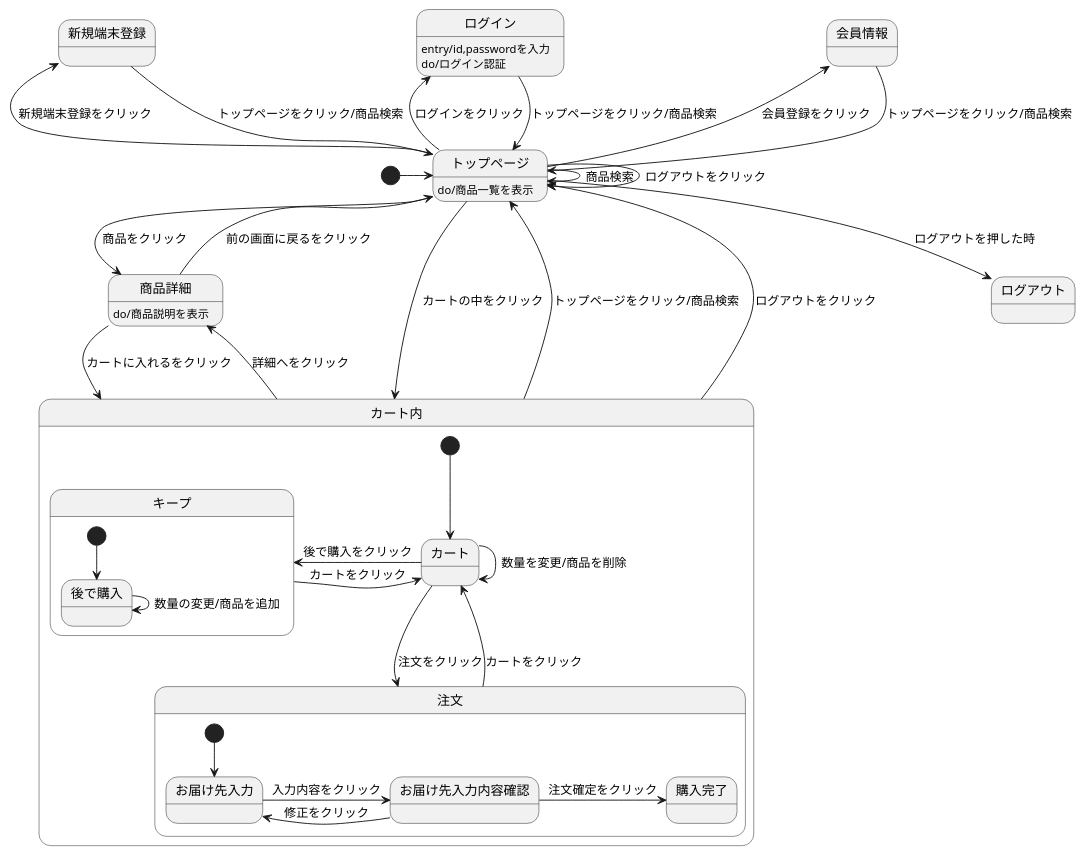
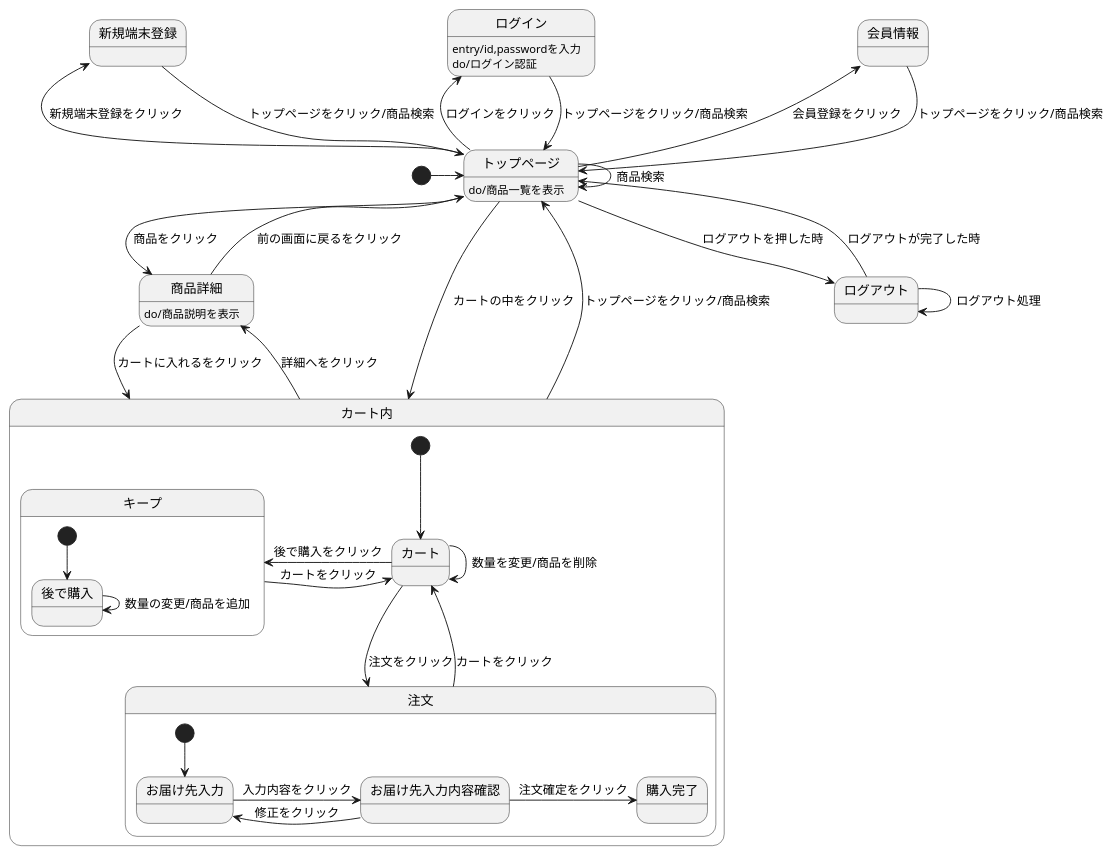
Before and after one commit to Aso2101121/2021sys-design: the diagram in origamen.md, drawn with PlantUML.

````diff
--- a/origamen.md
+++ b/origamen.md
@@ -1,43 +1,43 @@
 ```uml
 @startuml
 [*] -> トップページ
 会員情報 --> トップページ : トップページをクリック/商品検索
 ログイン --> トップページ : トップページをクリック/商品検索
 ログイン:entry/id,passwordを入力
 ログイン:do/ログイン認証
-トップページ --> トップページ : ログアウトをクリック
 トップページ -> トップページ : 商品検索
 トップページ -> 商品詳細 : 商品をクリック
 トップページ -left->会員情報 : 会員登録をクリック
 トップページ -left-> ログイン : ログインをクリック
 トップページ --> カート内 : カートの中をクリック
 トップページ:do/商品一覧を表示
 トップページ -up-> 新規端末登録 : 新規端末登録をクリック
 新規端末登録 --> トップページ : トップページをクリック/商品検索
 トップページ --> ログアウト : ログアウトを押した時
+ログアウト --> ログアウト : ログアウト処理
+ログアウト --> トップページ : ログアウトが完了した時
 商品詳細 --> カート内 : カートに入れるをクリック
 商品詳細 --> トップページ : 前の画面に戻るをクリック
 商品詳細:do/商品説明を表示
 カート内 -up-> トップページ : トップページをクリック/商品検索
-カート内 -up-> トップページ : ログアウトをクリック
 カート内 -> 商品詳細 : 詳細へをクリック
 
 state カート内 {
 [*] --> カート
 カート -> 注文 : 注文をクリック
 カート -left-> キープ : 後で購入をクリック
 キープ -> カート : カートをクリック
 カート -> カート : 数量を変更/商品を削除
 注文 --> カート : カートをクリック
 state 注文 {
 [*] --> お届け先入力
 お届け先入力 -> お届け先入力内容確認 : 入力内容をクリック
 お届け先入力内容確認 -> お届け先入力 : 修正をクリック
 お届け先入力内容確認 -> 購入完了 : 注文確定をクリック
 }
 state キープ {
 [*] --> 後で購入
 後で購入 -> 後で購入 : 数量の変更/商品を追加
 }
 @enduml
 ```
````
